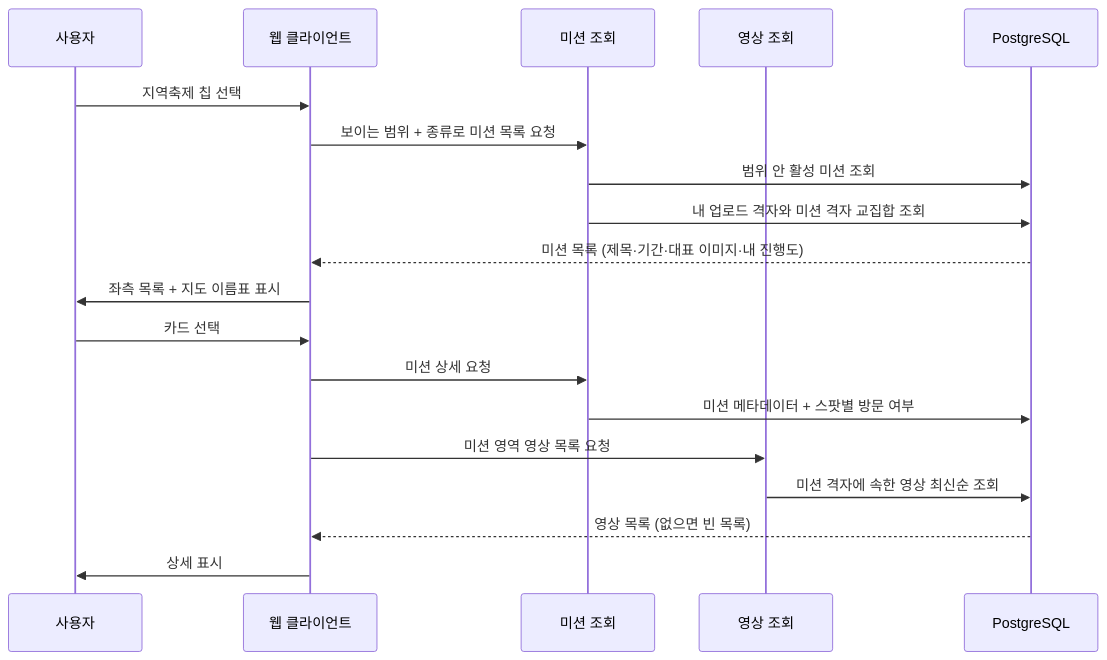
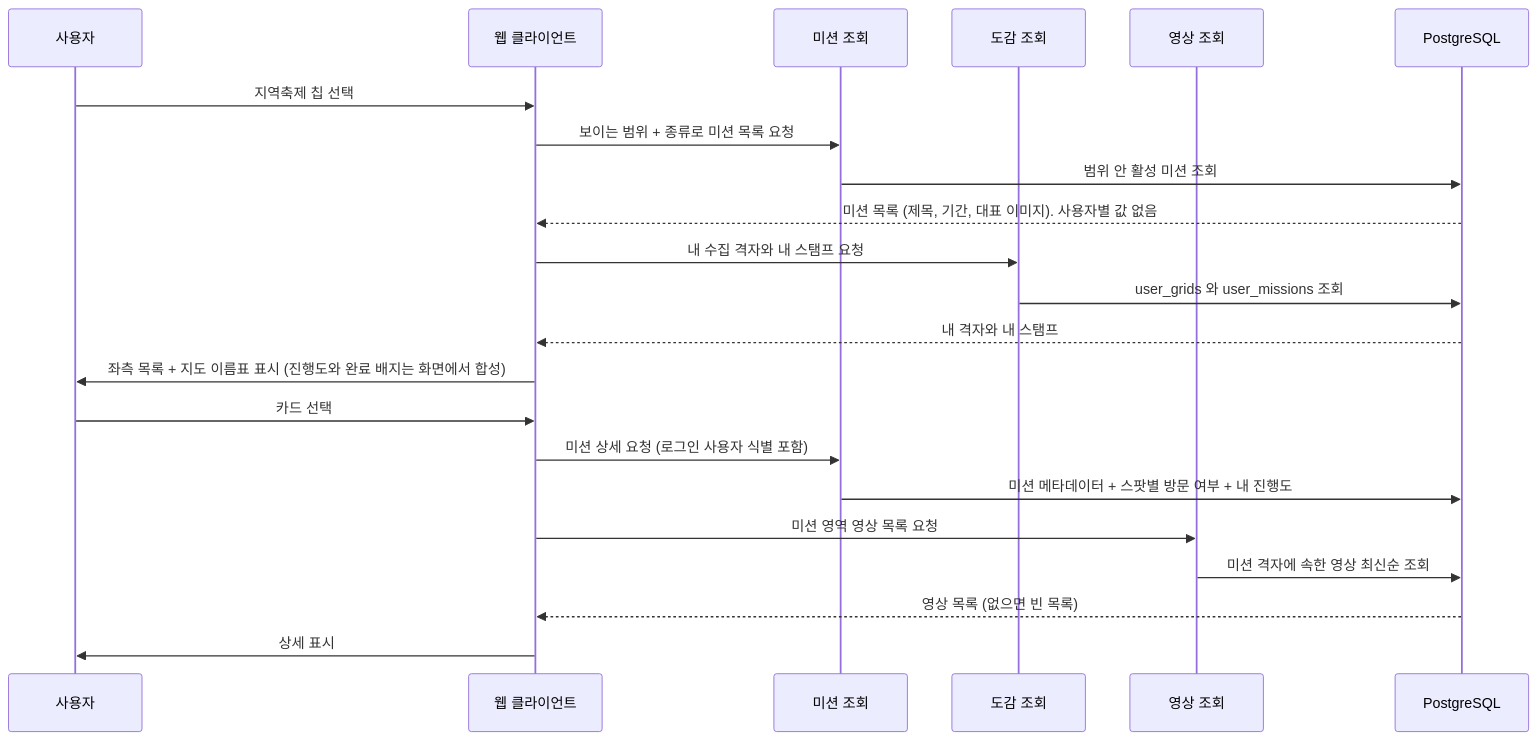
The first of 2 diagrams in docs/prd/mission-map-explore.md (ASM-MSG/BE), drawn with Mermaid before and after one commit. The commit also changed other lines of this file, not shown here.

Commit message:
MSG-368 docs: 진행도를 목록이 아니라 상세가 내려주도록 다이어그램 정정

````diff
--- a/docs/prd/mission-map-explore.md
+++ b/docs/prd/mission-map-explore.md
@@ -103,23 +106,26 @@
 ```mermaid
 sequenceDiagram
     participant U as 사용자
     participant FE as 웹 클라이언트
     participant M as 미션 조회
+    participant C as 도감 조회
     participant V as 영상 조회
     participant DB as PostgreSQL
 
     U->>FE: 지역축제 칩 선택
     FE->>M: 보이는 범위 + 종류로 미션 목록 요청
     M->>DB: 범위 안 활성 미션 조회
-    M->>DB: 내 업로드 격자와 미션 격자 교집합 조회
-    DB-->>FE: 미션 목록 (제목·기간·대표 이미지·내 진행도)
-    FE->>U: 좌측 목록 + 지도 이름표 표시
+    DB-->>FE: 미션 목록 (제목, 기간, 대표 이미지). 사용자별 값 없음
+    FE->>C: 내 수집 격자와 내 스탬프 요청
+    C->>DB: user_grids 와 user_missions 조회
+    DB-->>FE: 내 격자와 내 스탬프
+    FE->>U: 좌측 목록 + 지도 이름표 표시 (진행도와 완료 배지는 화면에서 합성)
 
     U->>FE: 카드 선택
-    FE->>M: 미션 상세 요청
-    M->>DB: 미션 메타데이터 + 스팟별 방문 여부
+    FE->>M: 미션 상세 요청 (로그인 사용자 식별 포함)
+    M->>DB: 미션 메타데이터 + 스팟별 방문 여부 + 내 진행도
     FE->>V: 미션 영역 영상 목록 요청
     V->>DB: 미션 격자에 속한 영상 최신순 조회
     DB-->>FE: 영상 목록 (없으면 빈 목록)
     FE->>U: 상세 표시
 ```
````
